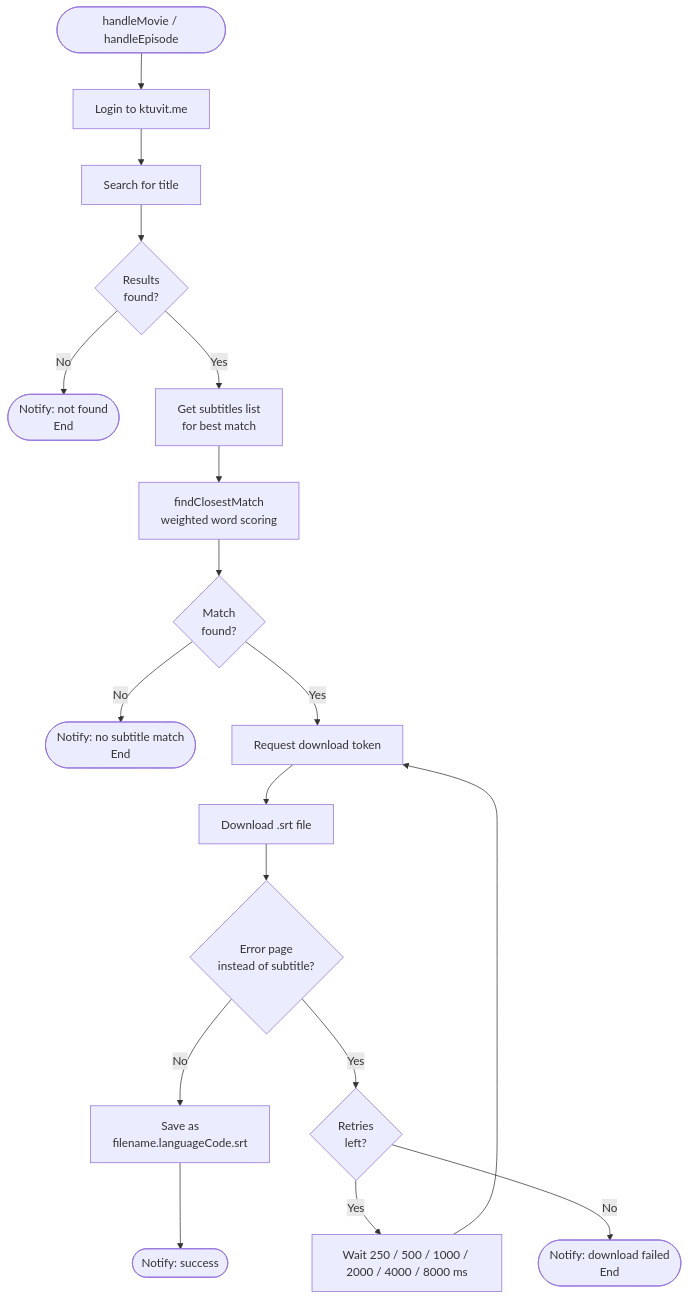
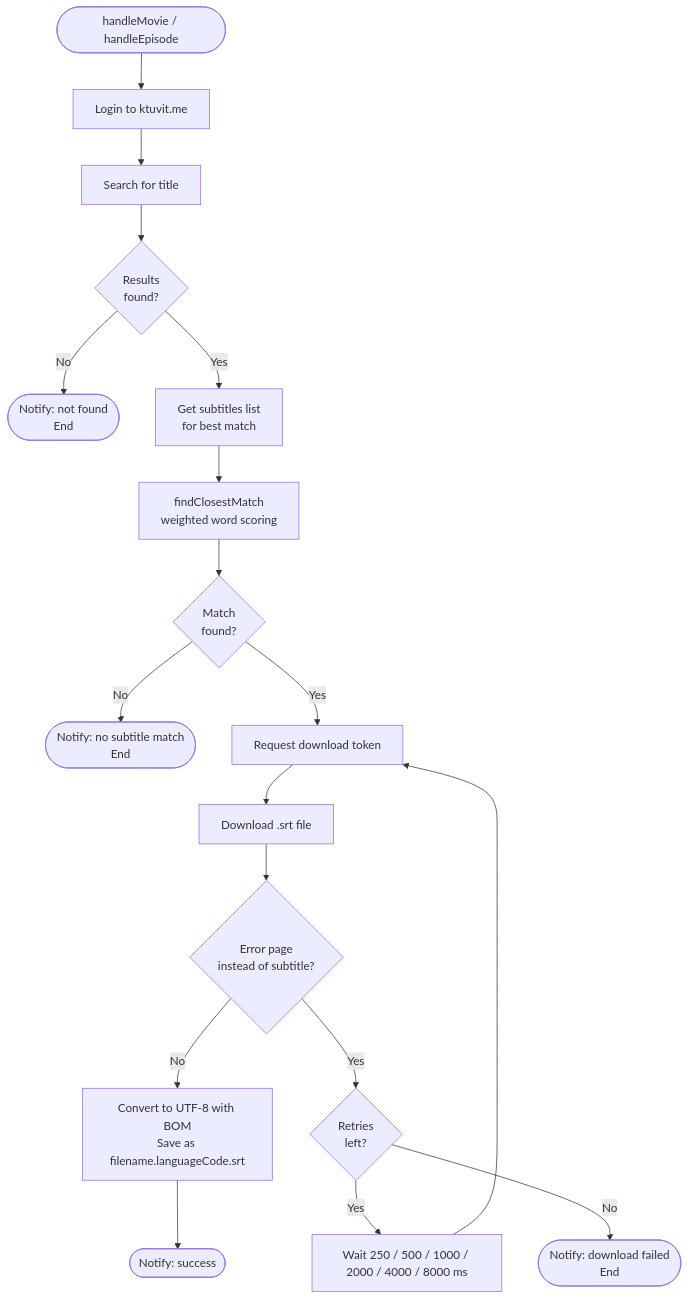
One commit to yoavain/screwzira-subtitle-downloader changed the third of 8 diagrams in docs/flow-charts.md. Above: the diagram before and after it, drawn with Mermaid. The commit also changed 5 other files, not shown here.

First line of the commit message:
Save downloaded subtitles as UTF-8 with BOM

````diff
--- a/docs/flow-charts.md
+++ b/docs/flow-charts.md
@@ -65,20 +65,20 @@
 ```mermaid
 flowchart TD
     A([handleMovie / handleEpisode]) --> B[Login to ktuvit.me]
     B --> C[Search for title]
     C --> D{Results<br/>found?}
     D -- No --> D1([Notify: not found<br/>End])
     D -- Yes --> E[Get subtitles list<br/>for best match]
     E --> F[findClosestMatch<br/>weighted word scoring]
     F --> G{Match<br/>found?}
     G -- No --> G1([Notify: no subtitle match<br/>End])
     G -- Yes --> H[Request download token]
     H --> I[Download .srt file]
     I --> I1{Error page<br/>instead of subtitle?}
-    I1 -- No --> J[Save as<br/>filename.languageCode.srt]
+    I1 -- No --> J[Convert to UTF-8 with BOM<br/>Save as filename.languageCode.srt]
     I1 -- Yes --> I2{Retries<br/>left?}
     I2 -- Yes --> I3[Wait 250 / 500 / 1000 / 2000 / 4000 / 8000 ms]
     I3 --> H
     I2 -- No --> I4([Notify: download failed<br/>End])
     J --> K([Notify: success])
 ```
````
